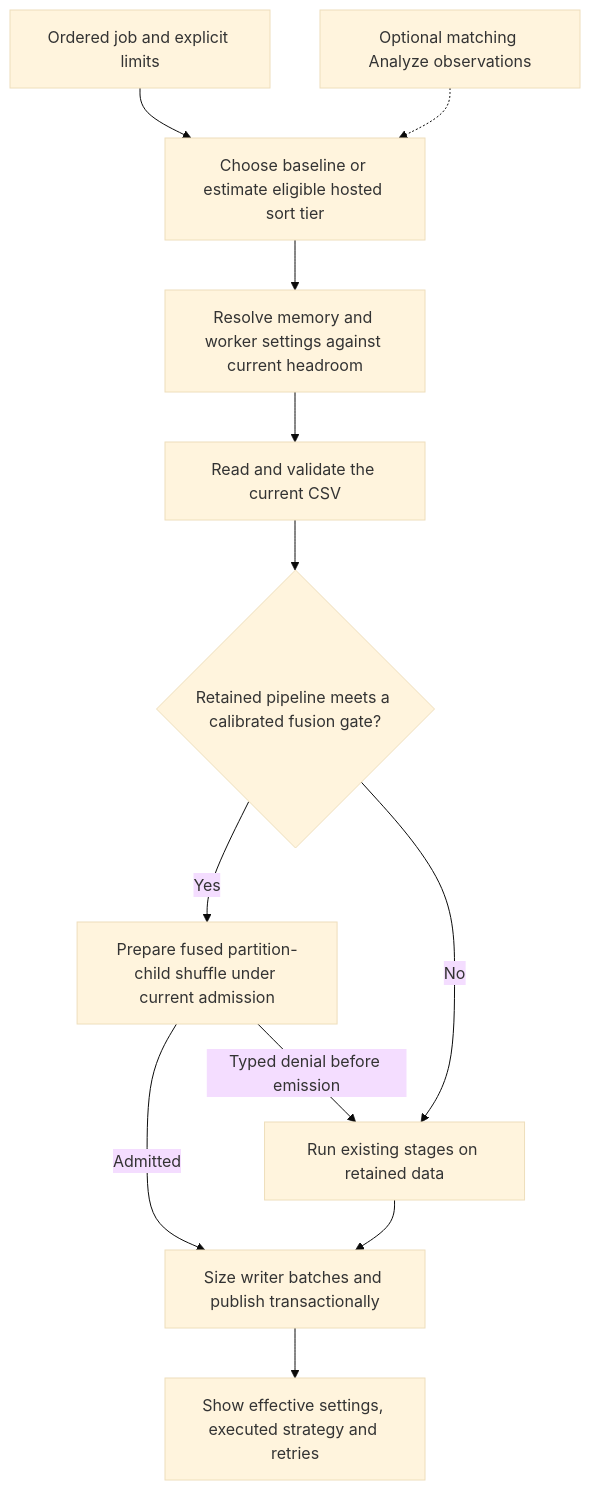
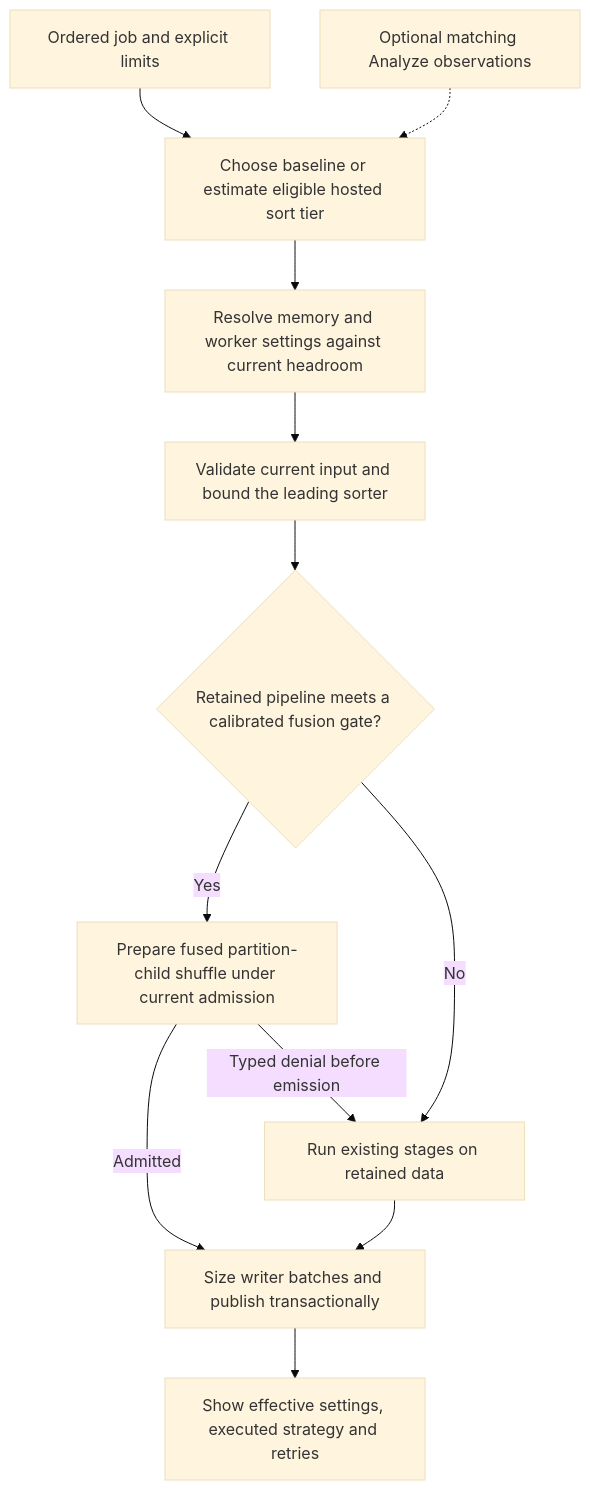
One commit to jsmatfess/chopper changed diagram 15 of 17 in docs/execution-decisions.md. Above: the diagram before and after it, drawn with Mermaid (base theme). The commit also changed other lines of this file and 34 other files, not shown here.

````diff
--- a/docs/execution-decisions.md
+++ b/docs/execution-decisions.md
@@ -662,14 +665,14 @@
 ```mermaid
 flowchart TD
     Job[Ordered job and explicit limits] --> Estimate[Choose baseline or estimate eligible hosted sort tier]
     Analyze[Optional matching Analyze observations] -.-> Estimate
     Estimate --> Budget[Resolve memory and worker settings against current headroom]
-    Budget --> Validate[Read and validate the current CSV]
+    Budget --> Validate[Validate current input and bound the leading sorter]
     Validate --> Eligible{Retained pipeline meets a calibrated fusion gate?}
     Eligible -->|Yes| Try[Prepare fused partition-child shuffle under current admission]
     Try -->|Typed denial before emission| Standard[Run existing stages on retained data]
     Eligible -->|No| Standard
     Try -->|Admitted| Publish[Size writer batches and publish transactionally]
     Standard --> Publish
     Publish --> Report[Show effective settings, executed strategy and retries]
 ```
````
